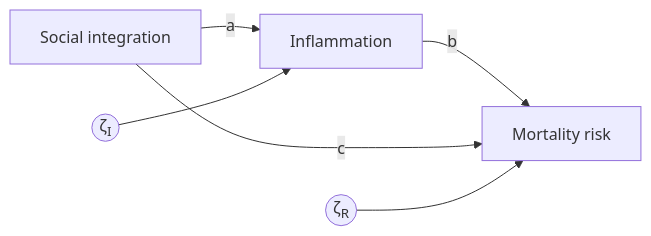
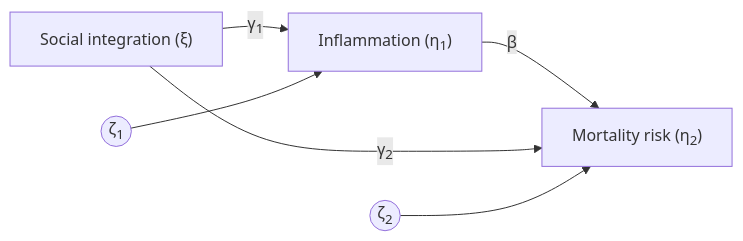
The diagram in diagrams/yang.mmd (daob/stads-book), drawn with Mermaid before and after one commit. The commit also changed 9 other files, not shown here.

```diff
--- a/diagrams/yang.mmd
+++ b/diagrams/yang.mmd
@@ -1,6 +1,6 @@
 flowchart LR
-  S[Social integration] -->|a| I[Inflammation]
-  I -->|b| R[Mortality risk]
-  S -->|c| R
-  zI((ζ<sub>I</sub>)) --> I
-  zR((ζ<sub>R</sub>)) --> R
+  S["Social integration (ξ)"] -->|γ<sub>1</sub>| I["Inflammation (η<sub>1</sub>)"]
+  I -->|β| R["Mortality risk (η<sub>2</sub>)"]
+  S -->|γ<sub>2</sub>| R
+  z1((ζ<sub>1</sub>)) --> I
+  z2((ζ<sub>2</sub>)) --> R
```
